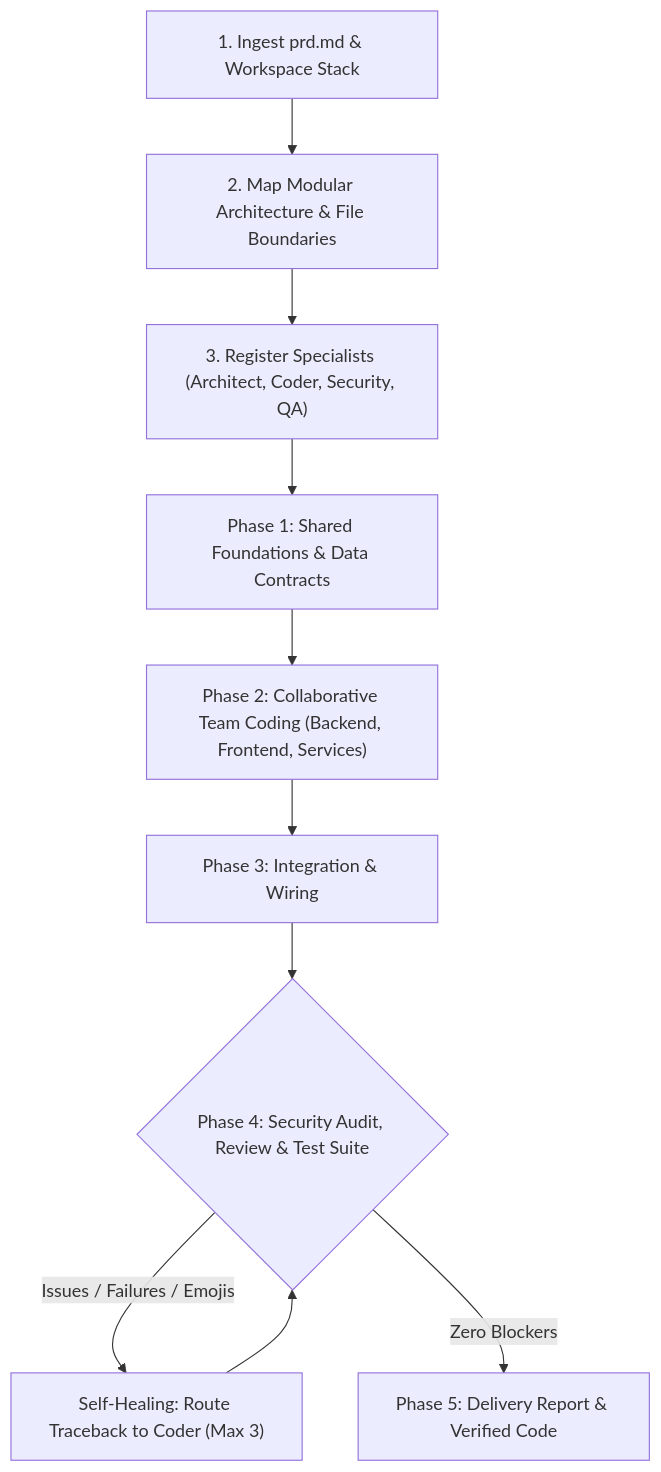
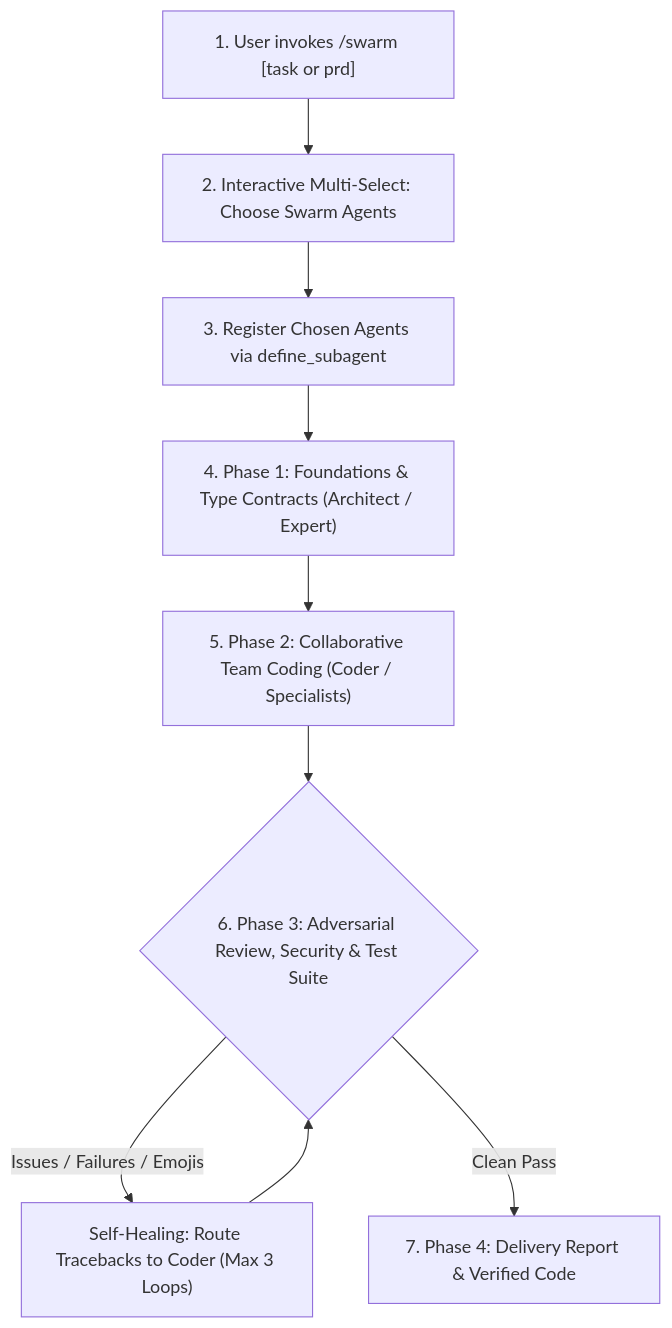
One commit to berlin-566/-agents changed the diagram in README.md. Above: the diagram before and after it, drawn with Mermaid. The commit also changed other lines of this file and 7 other files, not shown here.

Commit message:
feat: migrate from /agents to /swarm with interactive agent roster selection

````diff
--- a/README.md
+++ b/README.md
@@ -54,12 +55,11 @@
 ```mermaid
 flowchart TD
-    PRD["1. Ingest prd.md & Workspace Stack"] --> Decompose["2. Map Modular Architecture & File Boundaries"]
-    Decompose --> DefineAgents["3. Register Specialists (Architect, Coder, Security, QA)"]
-    DefineAgents --> Phase1["Phase 1: Shared Foundations & Data Contracts"]
-    Phase1 --> Phase2["Phase 2: Collaborative Team Coding (Backend, Frontend, Services)"]
-    Phase2 --> Phase3["Phase 3: Integration & Wiring"]
-    Phase3 --> Phase4{"Phase 4: Security Audit, Review & Test Suite"}
-    Phase4 -- "Issues / Failures / Emojis" --> Repair["Self-Healing: Route Traceback to Coder (Max 3)"]
-    Repair --> Phase4
-    Phase4 -- "Zero Blockers" --> Done["Phase 5: Delivery Report & Verified Code"]
+    Trigger["1. User invokes /swarm [task or prd]"] --> Select["2. Interactive Multi-Select: Choose Swarm Agents"]
+    Select --> Register["3. Register Chosen Agents via define_subagent"]
+    Register --> Spec["4. Phase 1: Foundations & Type Contracts (Architect / Expert)"]
+    Spec --> Code["5. Phase 2: Collaborative Team Coding (Coder / Specialists)"]
+    Code --> Audit{"6. Phase 3: Adversarial Review, Security & Test Suite"}
+    Audit -- "Issues / Failures / Emojis" --> Repair["Self-Healing: Route Tracebacks to Coder (Max 3 Loops)"]
+    Repair --> Audit
+    Audit -- "Clean Pass" --> Done["7. Phase 4: Delivery Report & Verified Code"]
 ```
````
